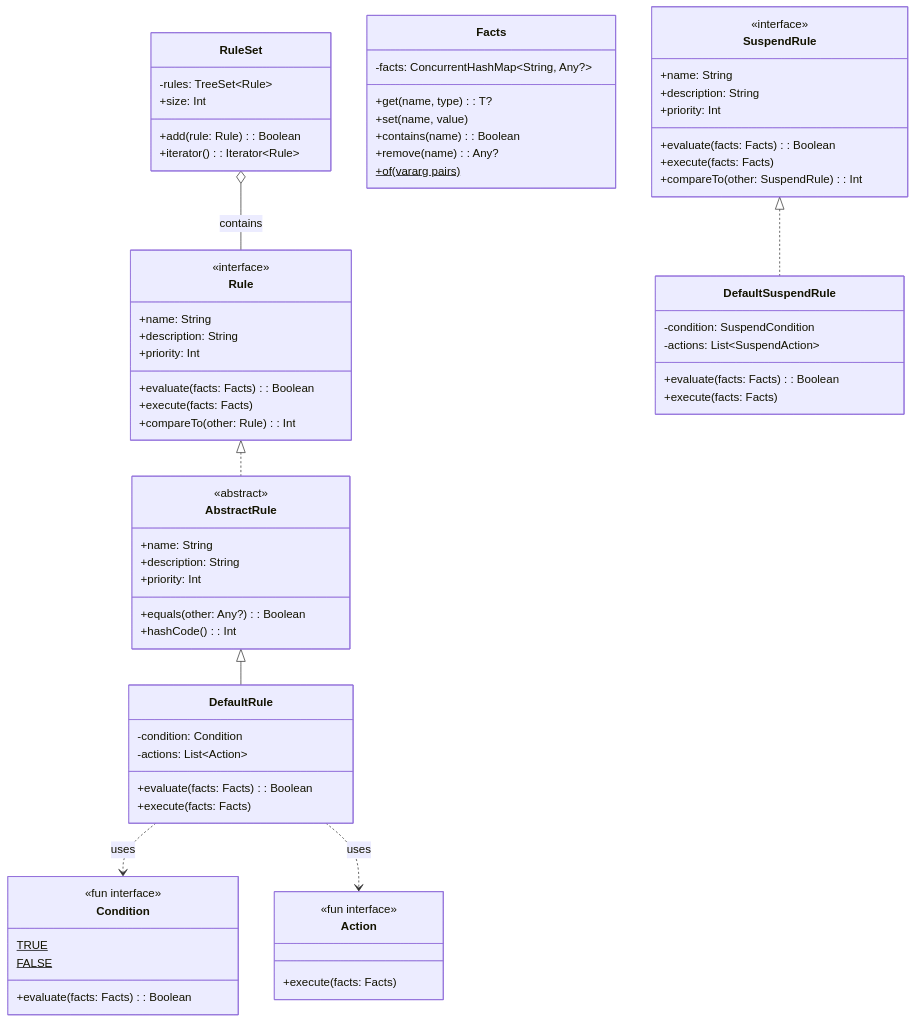
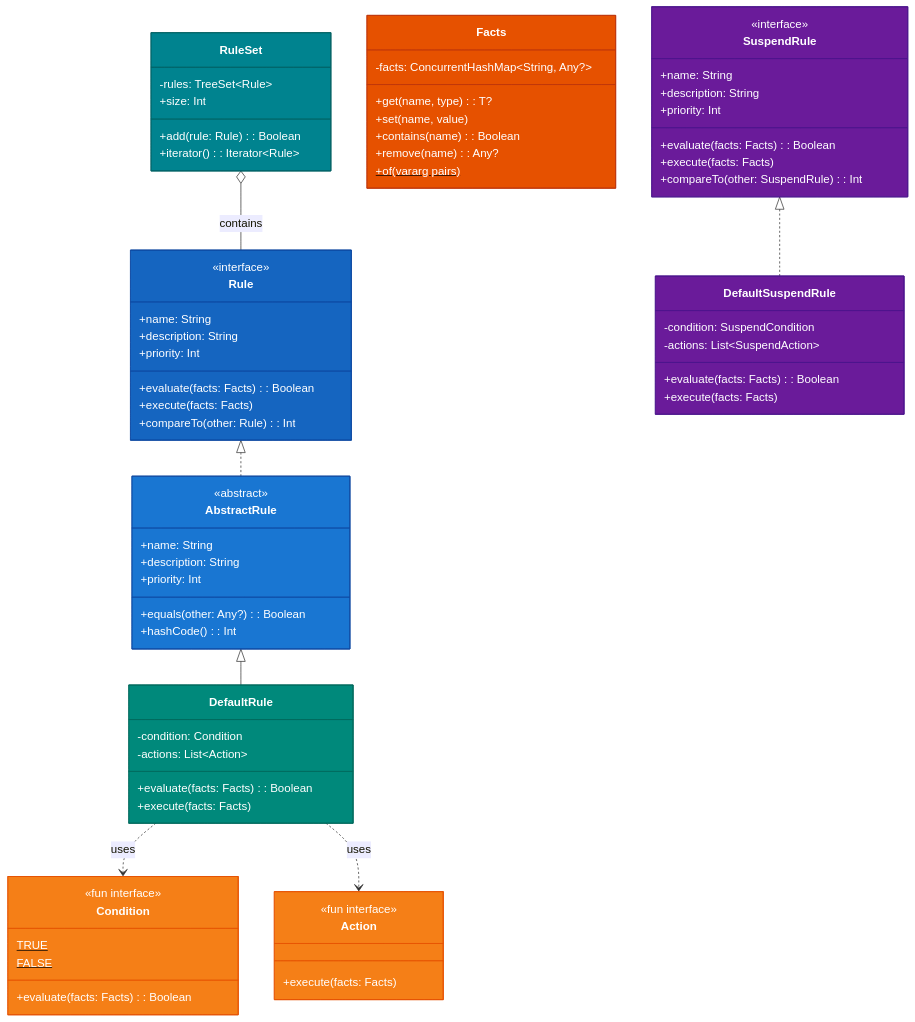
The second of 8 diagrams in utils/rule-engine/README.ko.md (bluetape4k/bluetape4k-projects), drawn with Mermaid before and after one commit. The commit also changed other lines of this file and 221 other files, not shown here.

First line of the commit message:
docs: 전체 모듈 README UML 다이어그램 보강 및 색상 업그레이드

````diff
--- a/utils/rule-engine/README.ko.md
+++ b/utils/rule-engine/README.ko.md
@@ -114,4 +123,14 @@
     DefaultRule ..> Action : uses
     SuspendRule <|.. DefaultSuspendRule
     RuleSet o-- Rule : contains
+
+    style Rule fill:#1565C0,stroke:#0D47A1,color:#FFFFFF
+    style SuspendRule fill:#6A1B9A,stroke:#4A148C,color:#FFFFFF
+    style AbstractRule fill:#1976D2,stroke:#0D47A1,color:#FFFFFF
+    style DefaultRule fill:#00897B,stroke:#00695C,color:#FFFFFF
+    style DefaultSuspendRule fill:#6A1B9A,stroke:#4A148C,color:#FFFFFF
+    style Condition fill:#F57F17,stroke:#E65100,color:#FFFFFF
+    style Action fill:#F57F17,stroke:#E65100,color:#FFFFFF
+    style Facts fill:#E65100,stroke:#BF360C,color:#FFFFFF
+    style RuleSet fill:#00838F,stroke:#006064,color:#FFFFFF
 ```
````
